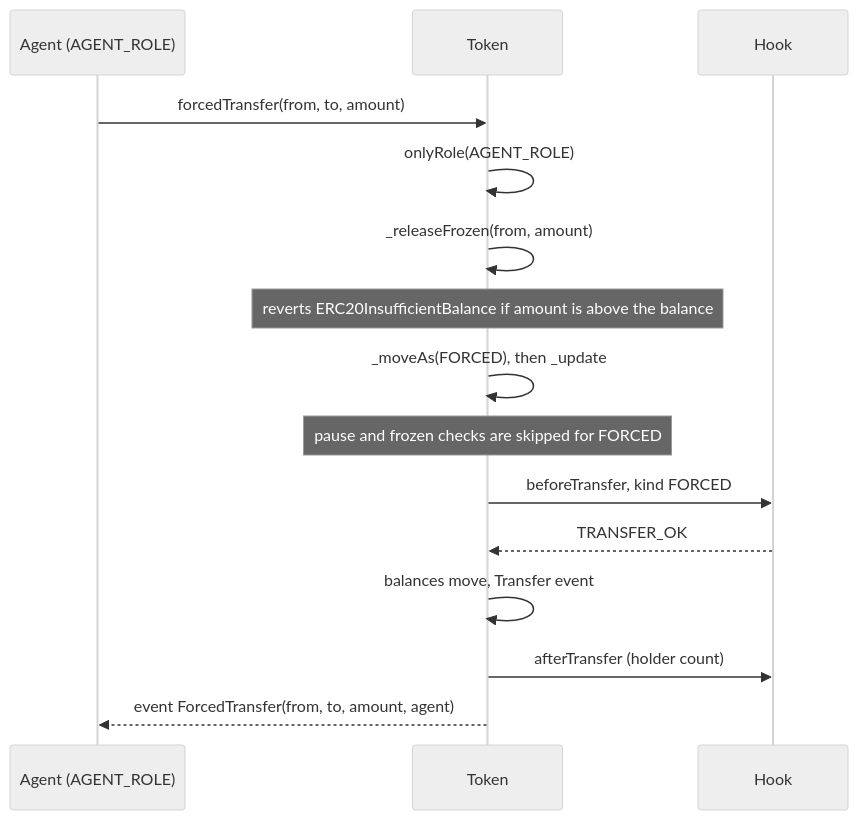
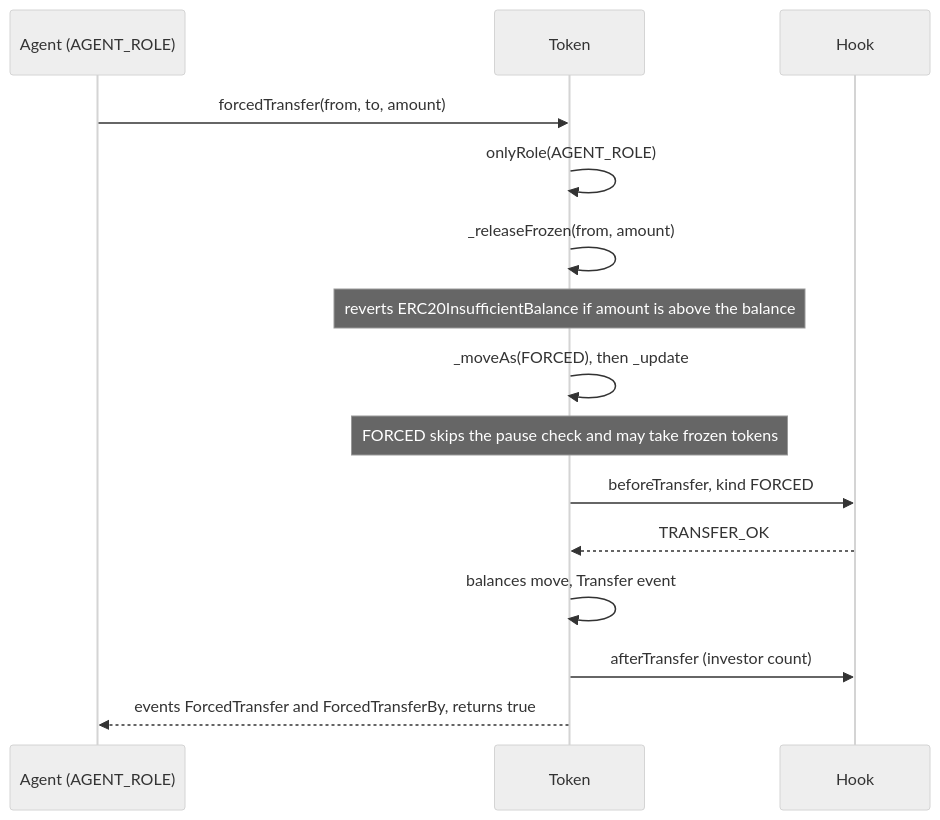
One commit to fepvenancio/rwa-token changed the sixth of 7 diagrams in docs/flows-token.md. Above: the diagram before and after it, drawn with Mermaid (neutral theme). The commit also changed other lines of this file and 116 other files, not shown here.

````diff
--- a/docs/flows-token.md
+++ b/docs/flows-token.md
@@ -192,17 +219,17 @@
 ```mermaid
 sequenceDiagram
   participant A as Agent (AGENT_ROLE)
   participant T as Token
   participant H as Hook
   A->>T: forcedTransfer(from, to, amount)
   T->>T: onlyRole(AGENT_ROLE)
   T->>T: _releaseFrozen(from, amount)
   Note over T: reverts ERC20InsufficientBalance if amount is above the balance
   T->>T: _moveAs(FORCED), then _update
-  Note over T: pause and frozen checks are skipped for FORCED
+  Note over T: FORCED skips the pause check and may take frozen tokens
   T->>H: beforeTransfer, kind FORCED
   H-->>T: TRANSFER_OK
   T->>T: balances move, Transfer event
-  T->>H: afterTransfer (holder count)
-  T-->>A: event ForcedTransfer(from, to, amount, agent)
+  T->>H: afterTransfer (investor count)
+  T-->>A: events ForcedTransfer and ForcedTransferBy, returns true
 ```
````
